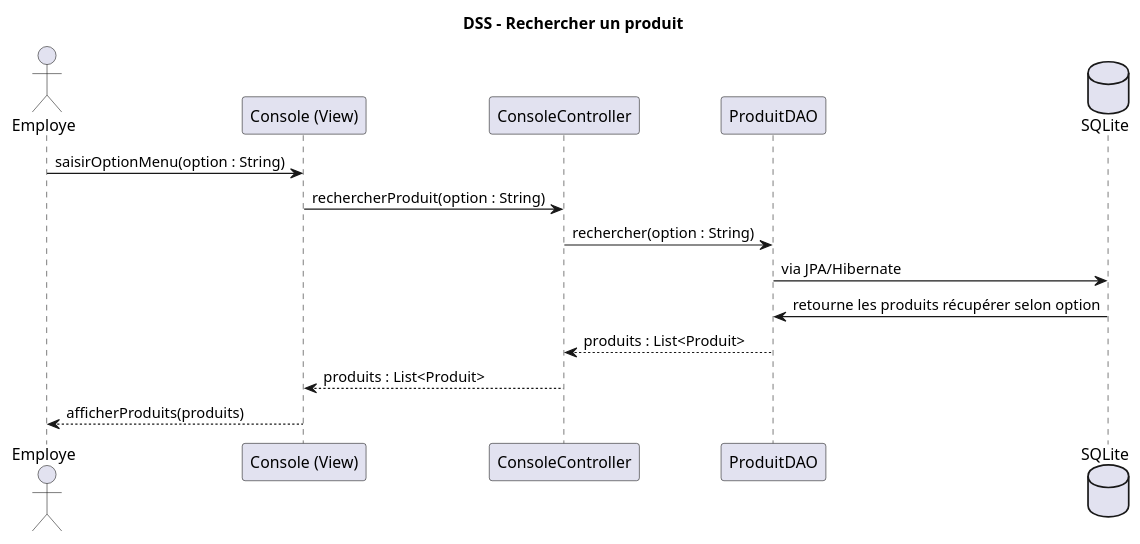
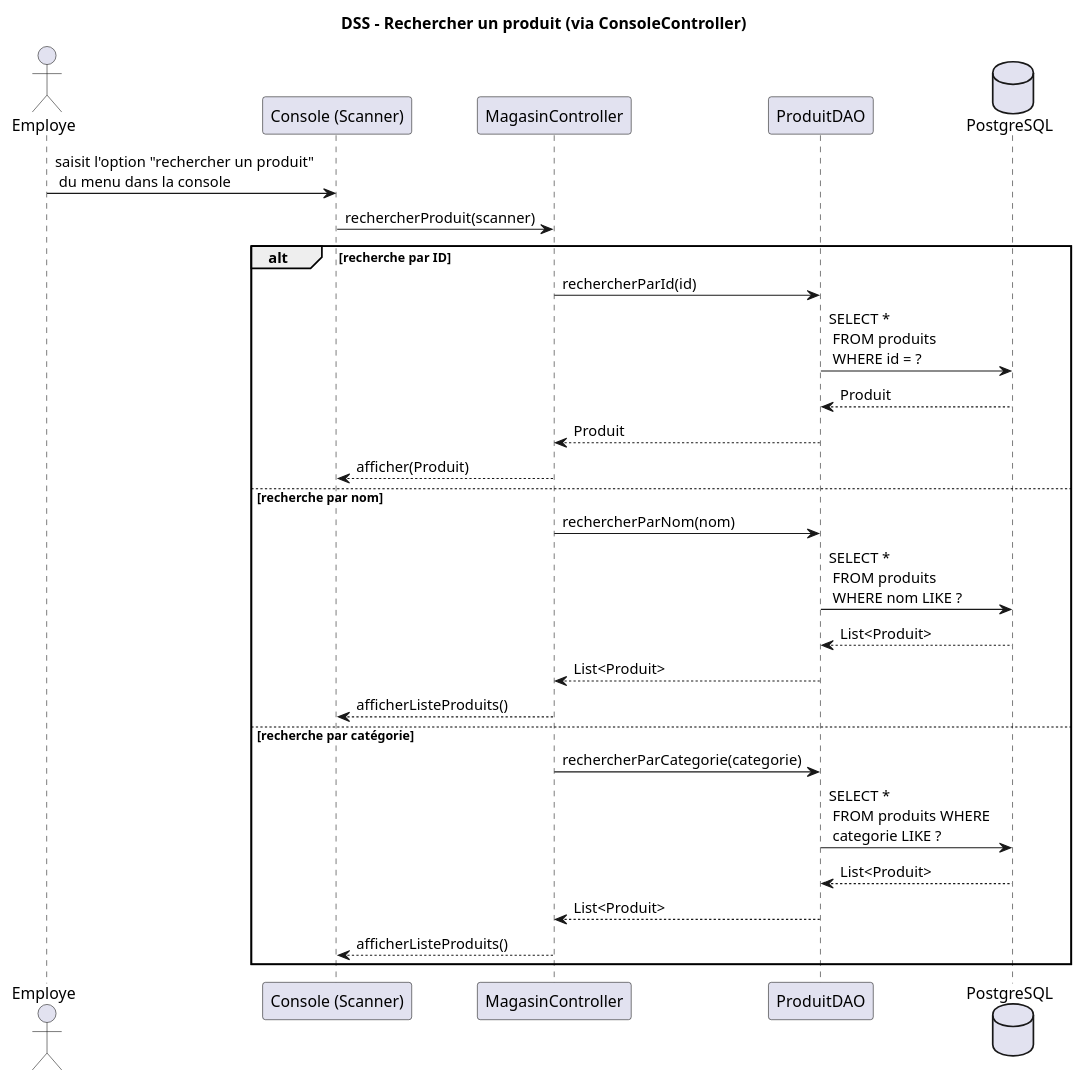
One commit to SlitherinSnake/tp0-1-2-log430 changed the diagram in docs/diagrams/dss/rechercherProduit.puml. Above: the diagram before and after it, drawn with PlantUML. The commit also changed 2 other files, not shown here.

Commit message:
DSS updaterl recherche produit

```diff
--- a/docs/diagrams/dss/rechercherProduit.puml
+++ b/docs/diagrams/dss/rechercherProduit.puml
@@ -1,18 +1,55 @@
 @startuml
-title DSS – Rechercher un produit
+title DSS – Rechercher un produit (via ConsoleController)
 
+' === Acteurs et composants impliqués ===
+' L'utilisateur humain (l'employé)
 actor Employe
-participant "Console (View)" as Console
-participant "ConsoleController" as Controller
+' Interface console qui lit la saisie
+participant "Console (Scanner)" as Console
+' Contrôleur principal qui orchestre les actions
+participant "MagasinController" as Controller
+' DAO qui accède à la BD via Hibernate
 participant "ProduitDAO" as DAO
-database "SQLite"
+' Base de données relationnelle utilisée (via Hibernate)
+database "PostgreSQL"
 
-Employe -> Console : saisirOptionMenu(option : String)
-Console -> Controller : rechercherProduit(option : String)
-Controller -> DAO : rechercher(option : String)
-DAO -> SQLite : via JPA/Hibernate
-SQLite -> DAO : retourne les produits récupérer selon option
-DAO --> Controller : produits : List<Produit>
-Controller --> Console : produits : List<Produit>
-Console --> Employe : afficherProduits(produits)
+' === Début du scénario ===
+Employe -> Console : saisit l'option "rechercher un produit" \n du menu dans la console
+' L’utilisateur interagit avec la console pour choisir un type de recherche (ID, nom, ou catégorie)
+
+Console -> Controller : rechercherProduit(scanner)
+' La console appelle la méthode du contrôleur avec un Scanner en paramètre
+
+' === Cas 1 : recherche par identifiant ===
+alt recherche par ID
+    Controller -> DAO : rechercherParId(id)
+    ' Le contrôleur transmet la requête au DAO (selon le choix 1)
+    
+    DAO -> PostgreSQL : SELECT * \n FROM produits \n WHERE id = ?
+    ' Hibernate génère une requête SQL pour chercher un produit selon son identifiant
+    
+    PostgreSQL --> DAO : Produit
+    ' La base renvoie un objet produit correspondant
+    
+    DAO --> Controller : Produit
+    Controller --> Console : afficher(Produit)
+    ' Le produit trouvé est affiché dans la console
+
+' === Cas 2 : recherche par nom (mot-clé) ===
+else recherche par nom
+    Controller -> DAO : rechercherParNom(nom)
+    DAO -> PostgreSQL : SELECT * \n FROM produits \n WHERE nom LIKE ?
+    PostgreSQL --> DAO : List<Produit>
+    DAO --> Controller : List<Produit>
+    Controller --> Console : afficherListeProduits()
+    ' Plusieurs produits peuvent correspondre, la liste est affichée
+
+' === Cas 3 : recherche par catégorie ===
+else recherche par catégorie
+    Controller -> DAO : rechercherParCategorie(categorie)
+    DAO -> PostgreSQL : SELECT * \n FROM produits WHERE \n categorie LIKE ?
+    PostgreSQL --> DAO : List<Produit>
+    DAO --> Controller : List<Produit>
+    Controller --> Console : afficherListeProduits()
+end
 @enduml
```
